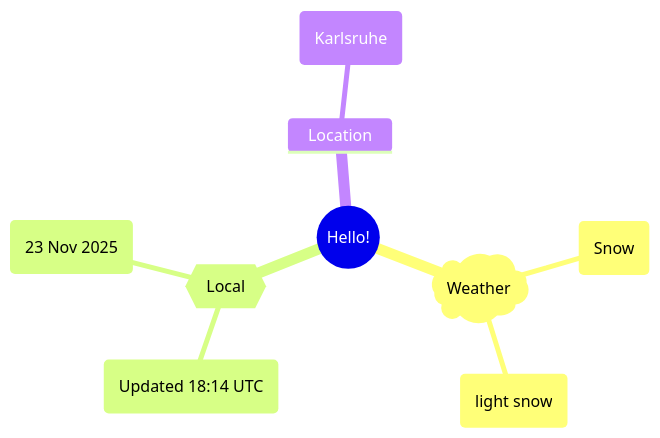
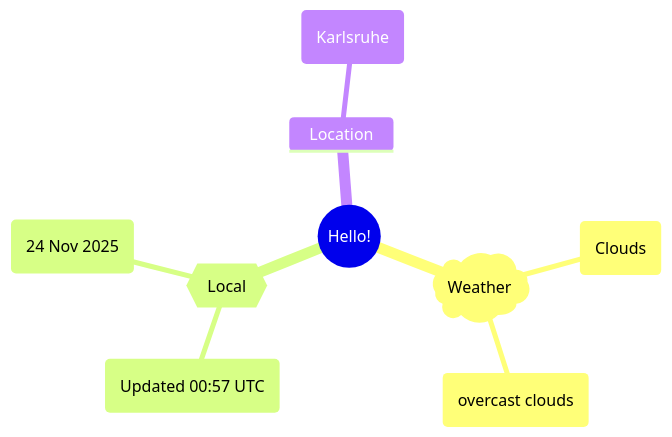
The first of 2 diagrams in README.md (Xosrov/Xosrov), drawn with Mermaid before and after one commit.

Commit message:
[bot] updated images

````diff
--- a/README.md
+++ b/README.md
@@ -3,12 +3,12 @@
 ```mermaid
 mindmap
   root((Hello!))
     )Weather(
-        (Snow)
-        (light snow)
+        (Clouds)
+        (overcast clouds)
     {{Local}}
-        (Updated 18:14 UTC)
-        (23 Nov 2025)
+        (Updated 00:57 UTC)
+        (24 Nov 2025)
     Location
         (Karlsruhe)
 ```
````
